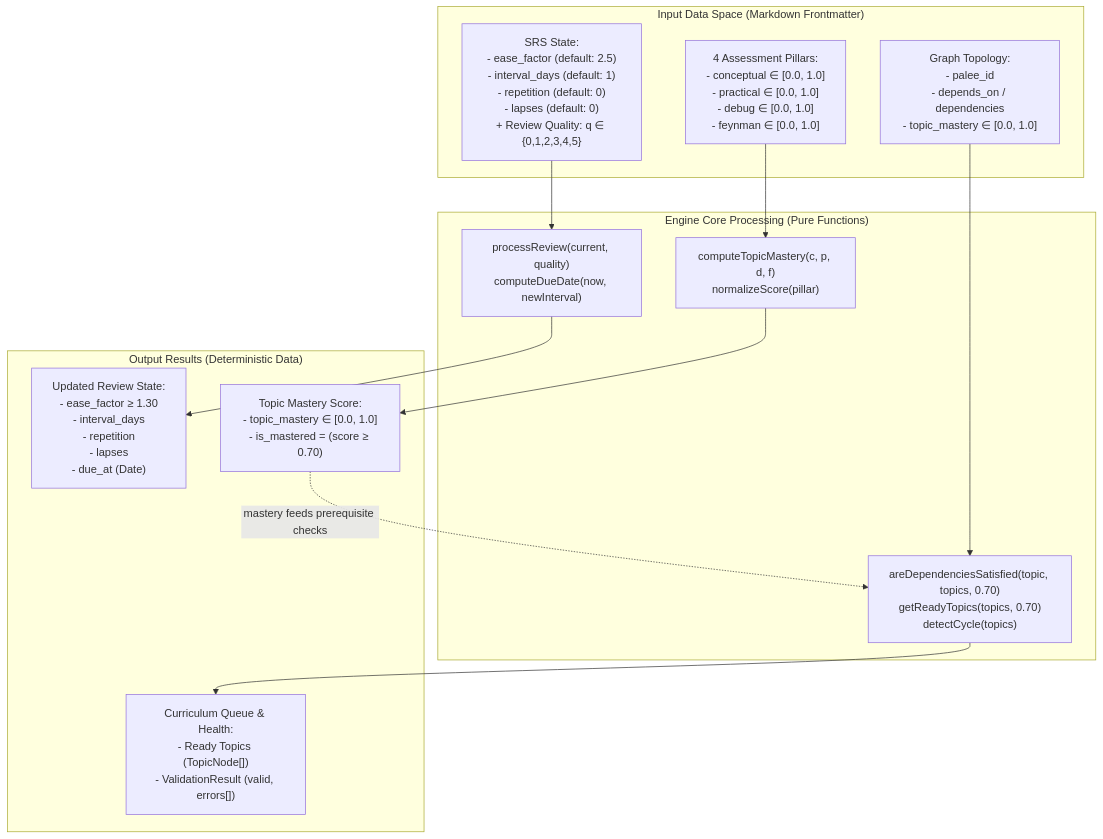
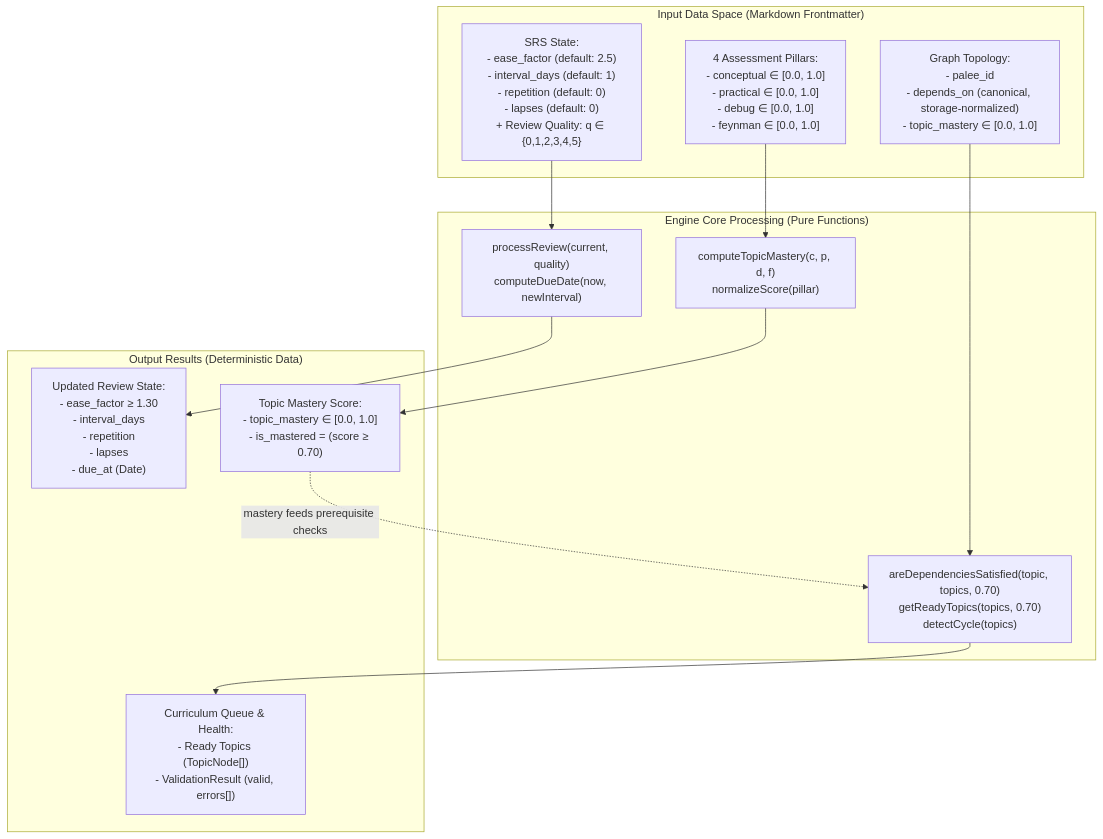
The second of 2 diagrams in docs/03-0-engine-core.md (Kuldeep2822k/cli), drawn with Mermaid before and after one commit. The commit also changed other lines of this file and 5 other files, not shown here.

````diff
--- a/docs/03-0-engine-core.md
+++ b/docs/03-0-engine-core.md
@@ -153,30 +153,30 @@
 ```mermaid
 flowchart TD
     subgraph Inputs ["Input Data Space (Markdown Frontmatter)"]
         InReview["SRS State:<br/>- ease_factor (default: 2.5)<br/>- interval_days (default: 1)<br/>- repetition (default: 0)<br/>- lapses (default: 0)<br/>+ Review Quality: q &isin; {0,1,2,3,4,5}"]
         InPillars["4 Assessment Pillars:<br/>- conceptual &isin; [0.0, 1.0]<br/>- practical &isin; [0.0, 1.0]<br/>- debug &isin; [0.0, 1.0]<br/>- feynman &isin; [0.0, 1.0]"]
-        InGraph["Graph Topology:<br/>- palee_id<br/>- depends_on / dependencies<br/>- topic_mastery &isin; [0.0, 1.0]"]
+        InGraph["Graph Topology:<br/>- palee_id<br/>- depends_on (canonical, storage-normalized)<br/>- topic_mastery &isin; [0.0, 1.0]"]
     end
 
     subgraph Processing ["Engine Core Processing (Pure Functions)"]
         ProcSM2["processReview(current, quality)<br/>computeDueDate(now, newInterval)"]
         ProcMastery["computeTopicMastery(c, p, d, f)<br/>normalizeScore(pillar)"]
         ProcDep["areDependenciesSatisfied(topic, topics, 0.70)<br/>getReadyTopics(topics, 0.70)<br/>detectCycle(topics)"]
     end
 
     subgraph Outputs ["Output Results (Deterministic Data)"]
         OutSM2["Updated Review State:<br/>- ease_factor &ge; 1.30<br/>- interval_days<br/>- repetition<br/>- lapses<br/>- due_at (Date)"]
         OutMastery["Topic Mastery Score:<br/>- topic_mastery &isin; [0.0, 1.0]<br/>- is_mastered = (score &ge; 0.70)"]
         OutDep["Curriculum Queue & Health:<br/>- Ready Topics (TopicNode[])<br/>- ValidationResult (valid, errors[])"]
     end
 
     InReview --> ProcSM2
     ProcSM2 --> OutSM2
 
     InPillars --> ProcMastery
     ProcMastery --> OutMastery
 
     InGraph --> ProcDep
     OutMastery -.->|"mastery feeds prerequisite checks"| ProcDep
     ProcDep --> OutDep
 ```
````
